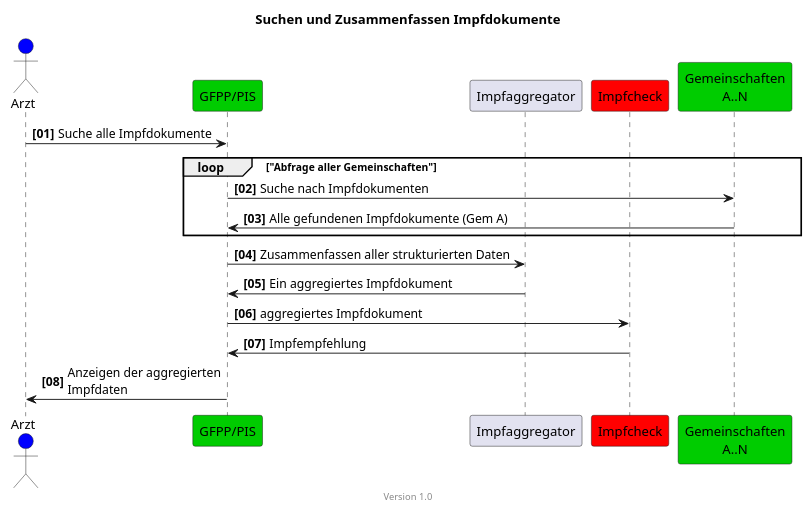
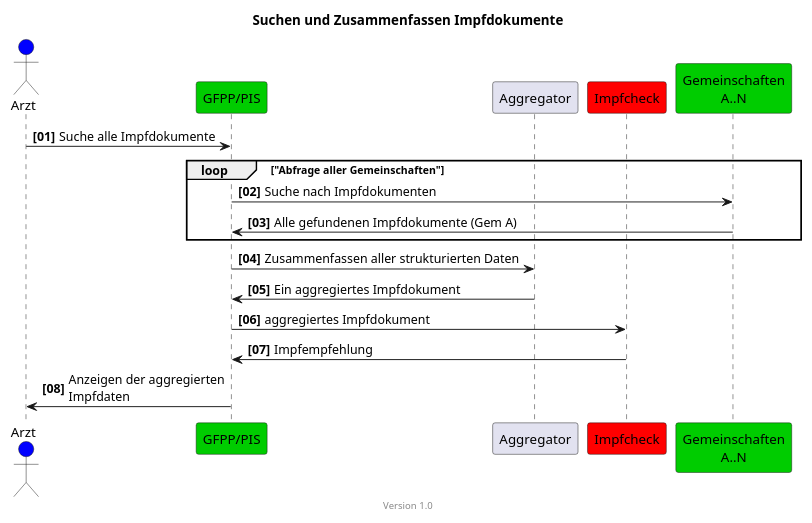
The diagram in input/images-source/epd-impfcheck-vaccination-docs-simple-de.plantuml (hl7ch/ch-vacd), drawn with PlantUML before and after one commit. The commit also changed 3 other files, not shown here.

Commit message:
fix impfaggregator and aggregator wording (#194)

```diff
--- a/input/images-source/epd-impfcheck-vaccination-docs-simple-de.plantuml
+++ b/input/images-source/epd-impfcheck-vaccination-docs-simple-de.plantuml
@@ -1,27 +1,27 @@
 @startuml
 title Suchen und Zusammenfassen Impfdokumente
 footer Version 1.0
 skinparam responseMessageBelowArrow true
 scale max 800 width
 
 actor Arzt #blue
 participant "GFPP/PIS" #00CC00
-participant "Impfaggregator"
+participant "Aggregator"
 participant "Impfcheck" #red
 
 participant "Gemeinschaften\nA..N" #00CC00
 
 autonumber "<b>[00]"
 Arzt -> "GFPP/PIS": Suche alle Impfdokumente
 loop "Abfrage aller Gemeinschaften"
 "GFPP/PIS" -> "Gemeinschaften\nA..N": Suche nach Impfdokumenten
 "Gemeinschaften\nA..N" -> "GFPP/PIS": Alle gefundenen Impfdokumente (Gem A)
 end
-"GFPP/PIS" -> "Impfaggregator": Zusammenfassen aller strukturierten Daten
-"Impfaggregator" ->  "GFPP/PIS": Ein aggregiertes Impfdokument
+"GFPP/PIS" -> "Aggregator": Zusammenfassen aller strukturierten Daten
+"Aggregator" ->  "GFPP/PIS": Ein aggregiertes Impfdokument
 ' "GFPP/PIS" -> "GFPP/PIS": Pseudonymisieren
 "GFPP/PIS" ->  "Impfcheck": aggregiertes Impfdokument
 "Impfcheck" -> "GFPP/PIS": Impfempfehlung
 "GFPP/PIS" -> Arzt: Anzeigen der aggregierten\nImpfdaten
 
 @enduml
```
